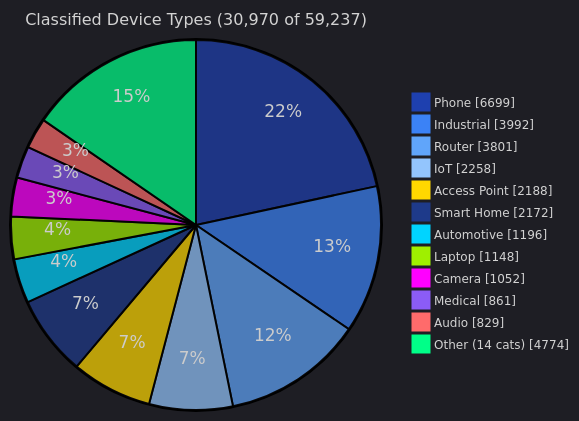
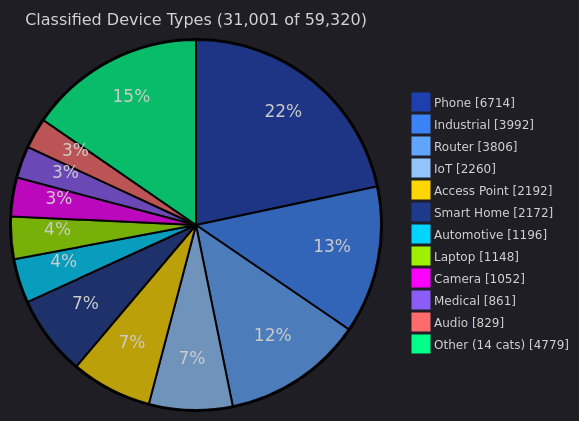
The fourth of 5 diagrams in data/readmes/Ringmast4r__OUI-Master-Database.md (zqf20096327/dbhub_collect), drawn with Mermaid before and after one commit. The commit also changed other lines of this file and 983 other files, not shown here.

````diff
--- a/data/readmes/Ringmast4r__OUI-Master-Database.md
+++ b/data/readmes/Ringmast4r__OUI-Master-Database.md
@@ -170,17 +170,17 @@
 ```mermaid
 %%{init: {'theme':'dark', 'themeVariables': {'pie1':'#1E40AF','pie2':'#3B82F6','pie3':'#60A5FA','pie4':'#93C5FD','pie5':'#FFD700','pie6':'#1E3A8A','pie7':'#00D4FF','pie8':'#9FEF00','pie9':'#FF00FF','pie10':'#8B5CF6','pie11':'#FF6B6B','pie12':'#00FF88','pieTitleTextSize':'16px','pieLegendTextSize':'12px'}}}%%
 pie showData
-    title Classified Device Types (30,970 of 59,237)
-    "Phone" : 6699
+    title Classified Device Types (31,001 of 59,320)
+    "Phone" : 6714
     "Industrial" : 3992
-    "Router" : 3801
-    "IoT" : 2258
-    "Access Point" : 2188
+    "Router" : 3806
+    "IoT" : 2260
+    "Access Point" : 2192
     "Smart Home" : 2172
     "Automotive" : 1196
     "Laptop" : 1148
     "Camera" : 1052
     "Medical" : 861
     "Audio" : 829
-    "Other (14 cats)" : 4774
+    "Other (14 cats)" : 4779
 ```
````
